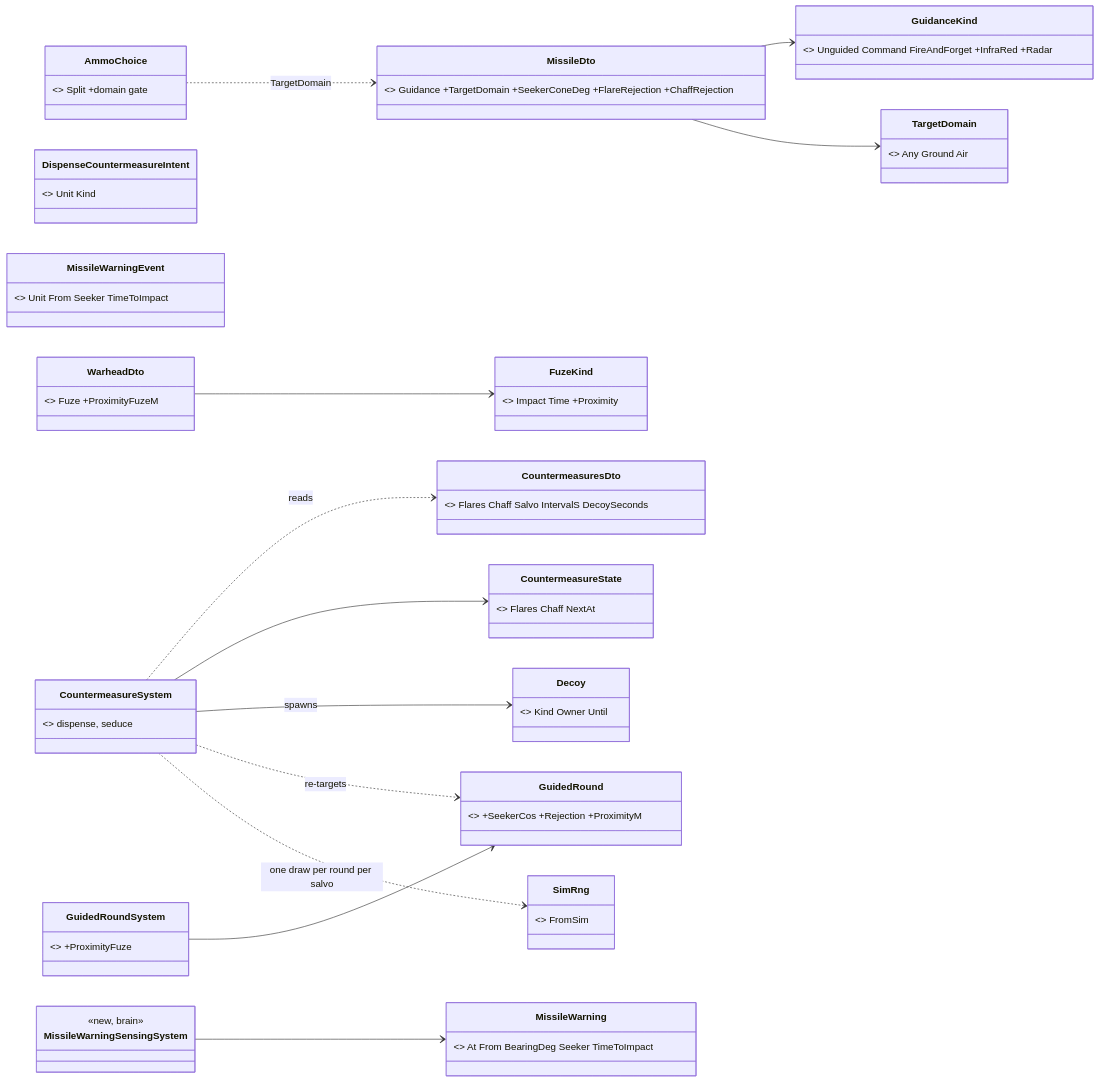
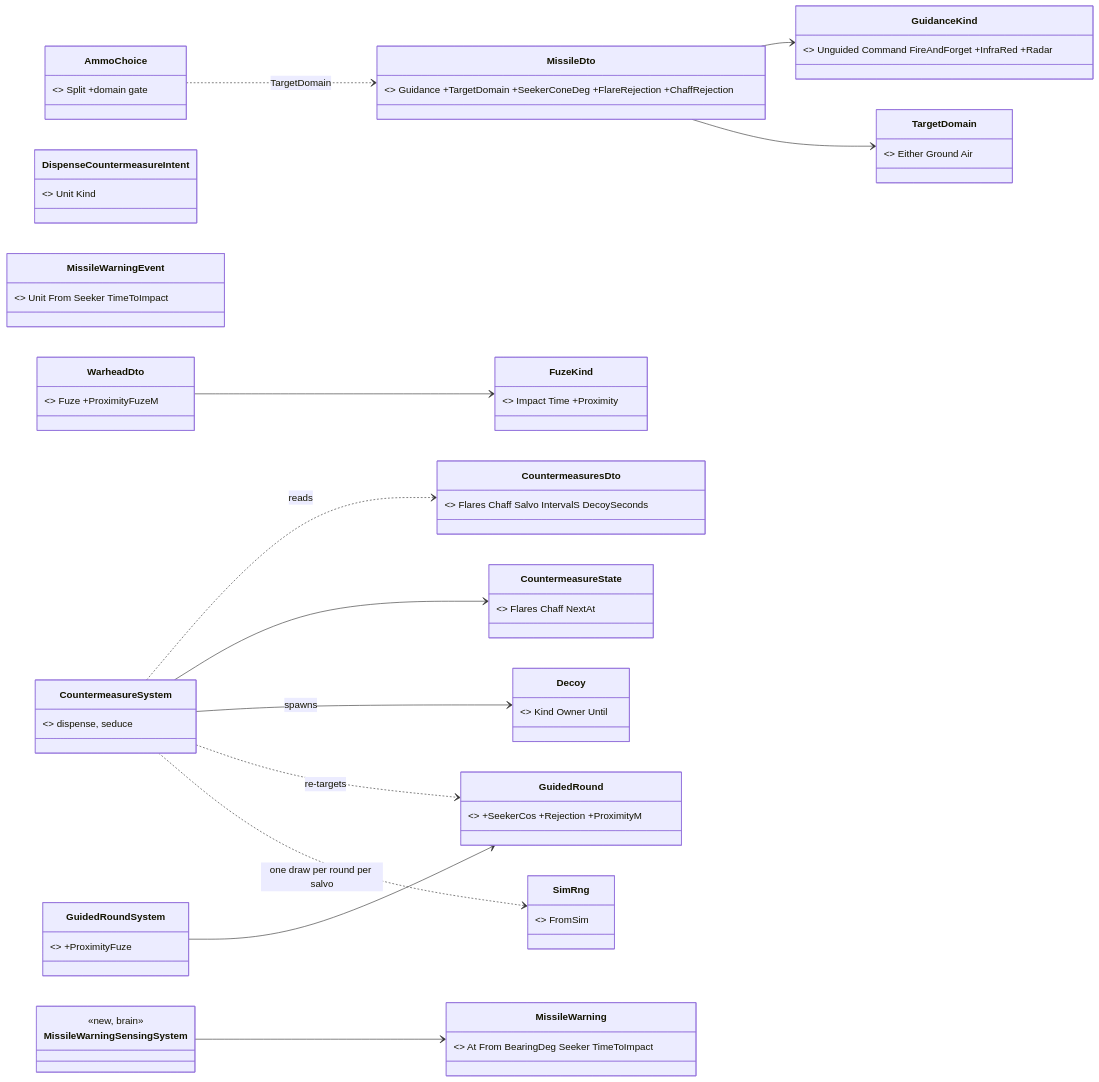
The ninth of 12 diagrams in docs/designs/vehicle-tactics/DESIGN_Missiles_And_Ammo.md (pjanec/HROT), drawn with Mermaid before and after one commit. The commit also changed other lines of this file and 26 other files, not shown here.

````diff
--- a/docs/designs/vehicle-tactics/DESIGN_Missiles_And_Ammo.md
+++ b/docs/designs/vehicle-tactics/DESIGN_Missiles_And_Ammo.md
@@ -379,32 +379,32 @@
 ```mermaid
 classDiagram
   direction LR
   class MissileDto { <<existing, grows>> Guidance +TargetDomain +SeekerConeDeg +FlareRejection +ChaffRejection }
   class GuidanceKind { <<existing, grows>> Unguided Command FireAndForget +InfraRed +Radar }
   class WarheadDto { <<existing, grows>> Fuze +ProximityFuzeM }
   class FuzeKind { <<existing, grows>> Impact Time +Proximity }
-  class TargetDomain { <<new>> Any Ground Air }
+  class TargetDomain { <<new>> Either Ground Air }
   class CountermeasuresDto { <<new TKB, on an aircraft type>> Flares Chaff Salvo IntervalS DecoySeconds }
   class CountermeasureState { <<new component 387, SimHost>> Flares Chaff NextAt }
   class Decoy { <<new component 386>> Kind Owner Until }
   class GuidedRound { <<existing, grows>> +SeekerCos +Rejection +ProximityM }
   class DispenseCountermeasureIntent { <<new event 5009, brain to SimHost>> Unit Kind }
   class MissileWarningEvent { <<new event 5008, SimHost to brain>> Unit From Seeker TimeToImpact }
   class MissileWarning { <<new component 388, brain>> At From BearingDeg Seeker TimeToImpact }
   class CountermeasureSystem { <<new, SimHost>> dispense, seduce }
   class GuidedRoundSystem { <<existing, grows>> +ProximityFuze }
   class MissileWarningSensingSystem { <<new, brain>> }
   class AmmoChoice { <<existing>> Split +domain gate }
   class SimRng { <<MOVED to Fdp.Toolkits>> FromSim }
   MissileDto --> GuidanceKind
   MissileDto --> TargetDomain
   WarheadDto --> FuzeKind
   CountermeasureSystem ..> CountermeasuresDto : reads
   CountermeasureSystem --> CountermeasureState
   CountermeasureSystem --> Decoy : spawns
   CountermeasureSystem ..> GuidedRound : re-targets
   CountermeasureSystem ..> SimRng : one draw per round per salvo
   GuidedRoundSystem --> GuidedRound
   MissileWarningSensingSystem --> MissileWarning
   AmmoChoice ..> MissileDto : TargetDomain
 ```
````
